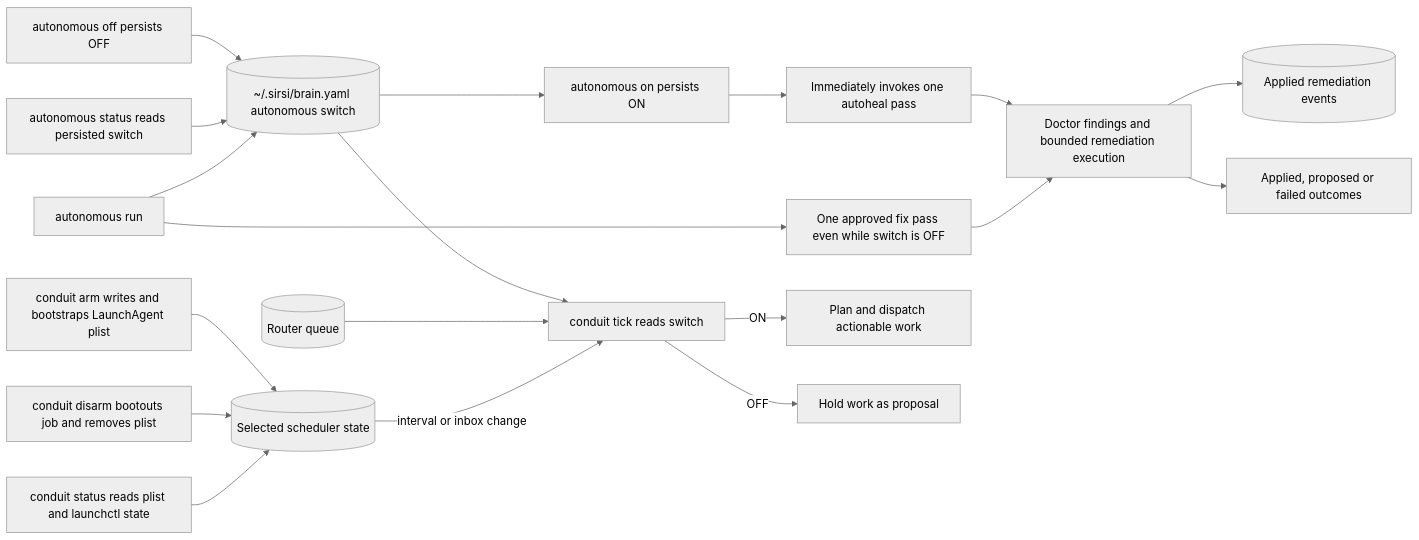
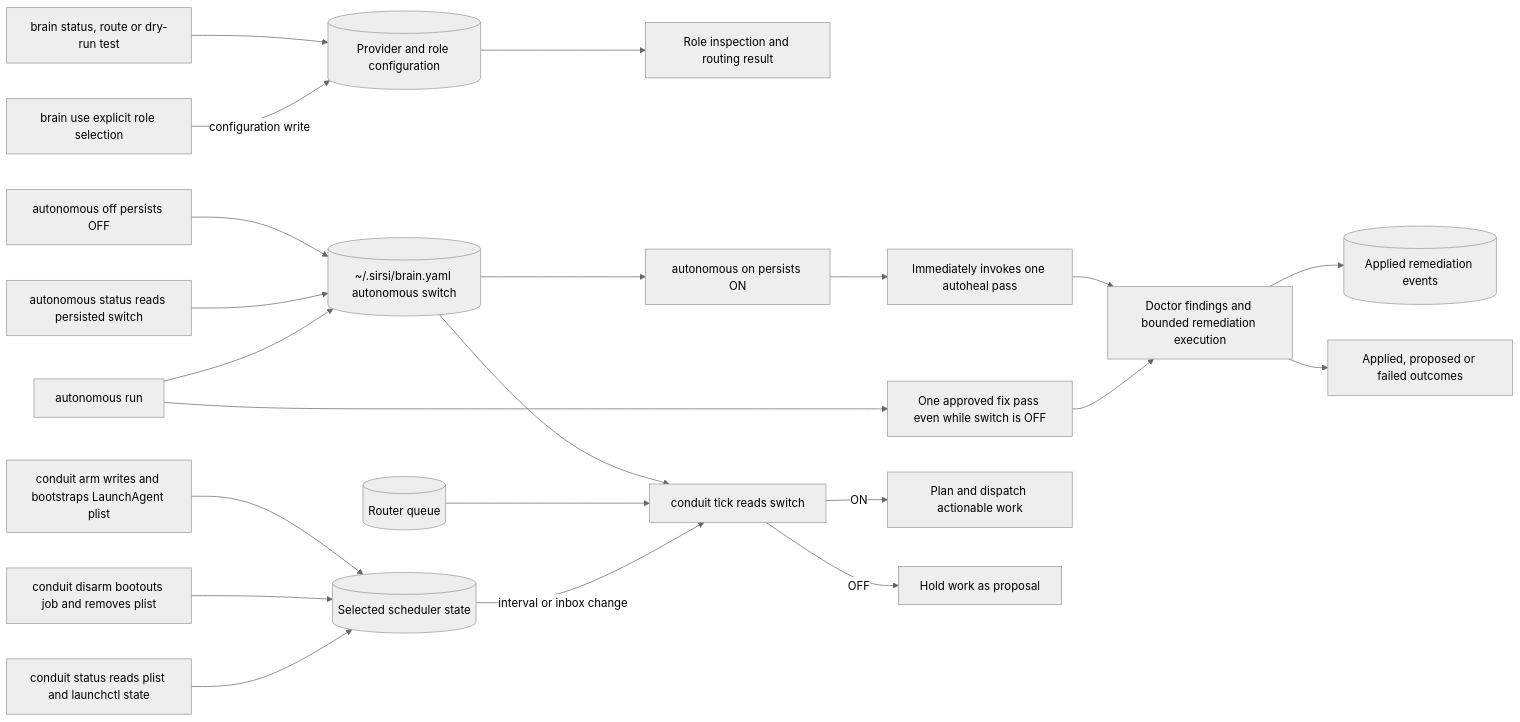
Before and after one commit to SirsiMaster/sirsi-pantheon: diagram 29 of 45 in docs/stacklab/pantheon-pt/canon/DIAGRAMS_PRODUCT_OPERATIONS.md, drawn with Mermaid (neutral theme). The commit also changed other lines of this file, not shown here.

````diff
--- a/docs/stacklab/pantheon-pt/canon/DIAGRAMS_PRODUCT_OPERATIONS.md
+++ b/docs/stacklab/pantheon-pt/canon/DIAGRAMS_PRODUCT_OPERATIONS.md
@@ -821,21 +859,24 @@
 ```mermaid
 flowchart LR
+  ROLECMD[brain status, route or dry-run test] --> ROLECONF[(Provider and role configuration)]
+  ROLECONF --> ROLEVIEW[Role inspection and routing result]
+  ROLEUSE[brain use explicit role selection] -->|configuration write| ROLECONF
   MODE[(~/.sirsi/brain.yaml autonomous switch)] --> ON[autonomous on persists ON]
   ON --> IMMEDIATE[Immediately invokes one autoheal pass]
   OFF[autonomous off persists OFF] --> MODE
   STATUS[autonomous status reads persisted switch] --> MODE
   RUN[autonomous run] --> APPROVED[One approved fix pass even while switch is OFF]
   RUN --> MODE
   IMMEDIATE --> AUTOHEAL[Doctor findings and bounded remediation execution]
   APPROVED --> AUTOHEAL
   AUTOHEAL --> STELE[(Applied remediation events)]
   AUTOHEAL --> OUTCOME[Applied, proposed or failed outcomes]
   MODE --> TICK[conduit tick reads switch]
   QUEUE[(Router queue)] --> TICK
   TICK -->|ON| DISPATCH[Plan and dispatch actionable work]
   TICK -->|OFF| PROPOSAL[Hold work as proposal]
   ARM[conduit arm writes and bootstraps LaunchAgent plist] --> SCHED[(Selected scheduler state)]
   DISARM[conduit disarm bootouts job and removes plist] --> SCHED
   STATUS2[conduit status reads plist and launchctl state] --> SCHED
   SCHED -->|interval or inbox change| TICK
 ```
````
